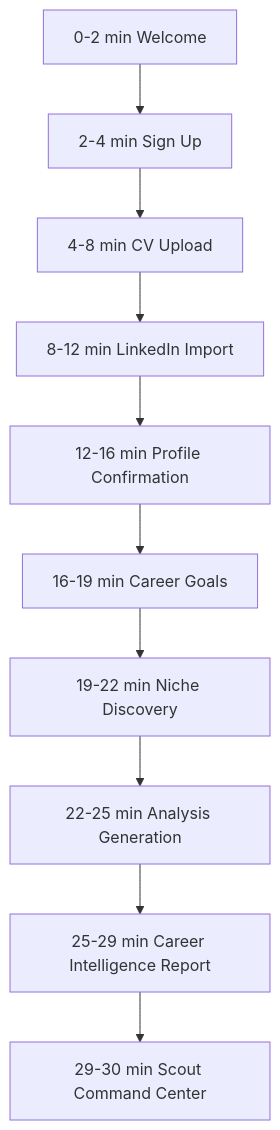
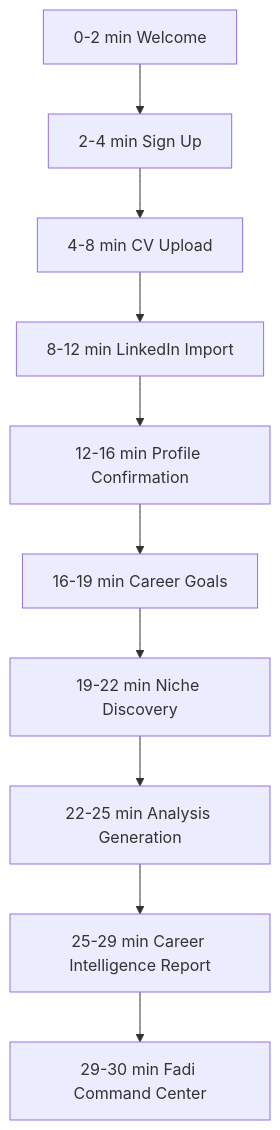
One commit to Mirzzie/Fadi changed the diagram in docs/FIRST_TIME_USER_EXPERIENCE.md. Above: the diagram before and after it, drawn with Mermaid. The commit also changed other lines of this file and 158 other files, not shown here.

First line of the commit message:
refactor!: rename agent Scout→Fadi and brand CareerOS→FadiOS

````diff
--- a/docs/FIRST_TIME_USER_EXPERIENCE.md
+++ b/docs/FIRST_TIME_USER_EXPERIENCE.md
@@ -18,12 +18,12 @@
 ```mermaid
 flowchart TD
     Welcome[0-2 min Welcome] --> Auth[2-4 min Sign Up]
     Auth --> Resume[4-8 min CV Upload]
     Resume --> LinkedIn[8-12 min LinkedIn Import]
     LinkedIn --> Manual[12-16 min Profile Confirmation]
     Manual --> Goals[16-19 min Career Goals]
     Goals --> Niche[19-22 min Niche Discovery]
     Niche --> Analysis[22-25 min Analysis Generation]
     Analysis --> Report[25-29 min Career Intelligence Report]
-    Report --> Dashboard[29-30 min Scout Command Center]
+    Report --> Dashboard[29-30 min Fadi Command Center]
 ```
````
